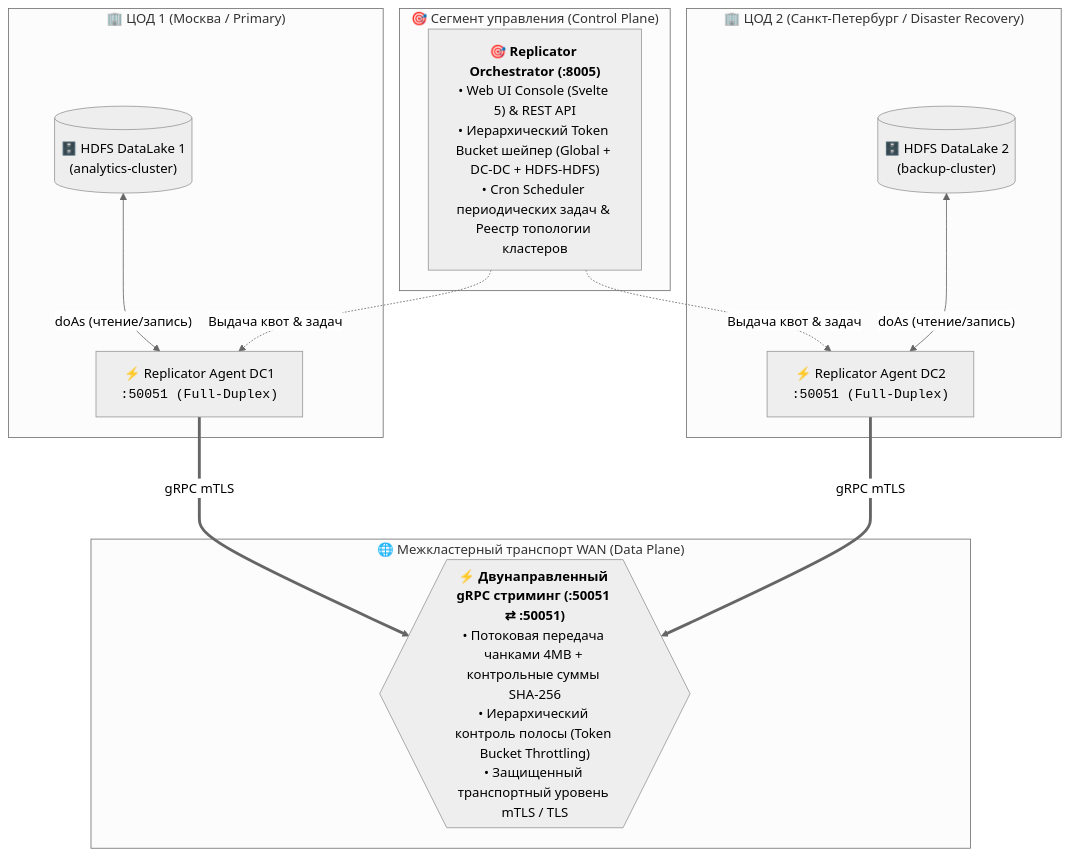
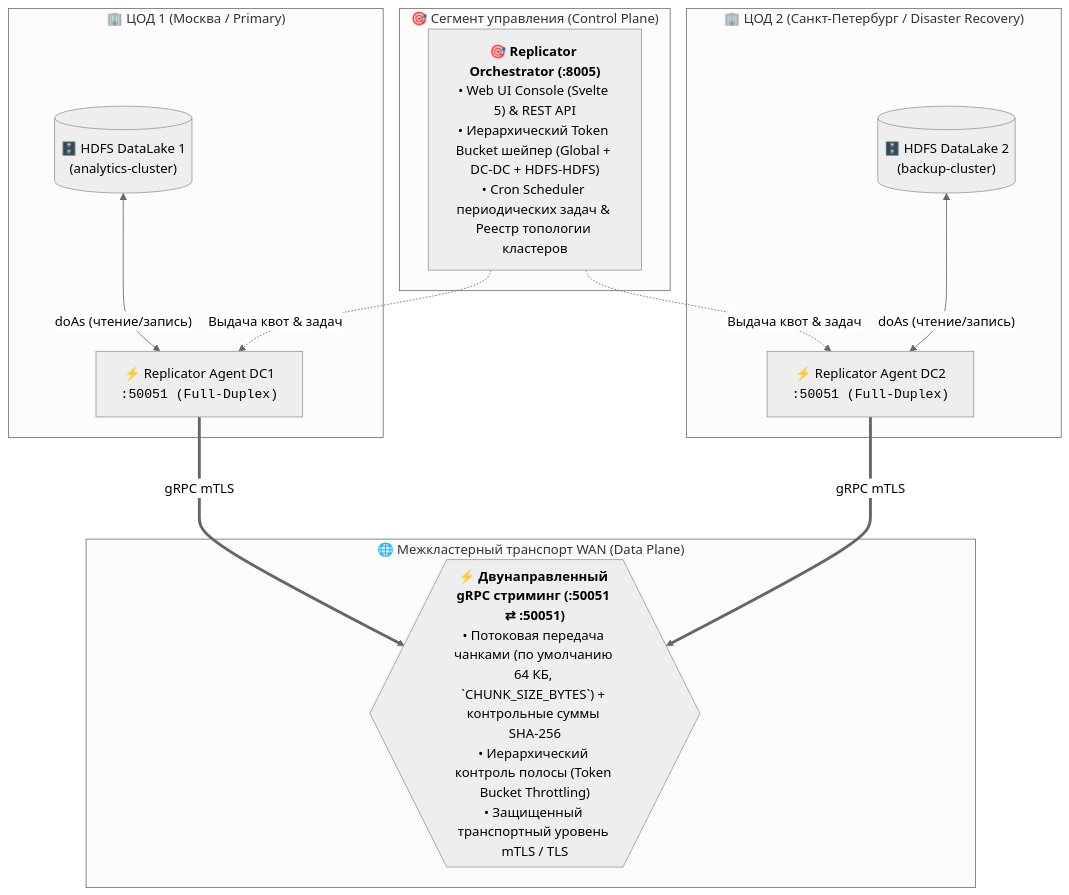
The first of 7 diagrams in docs/replicator-admin-guide.md (balookrd/hadoop-explorer), drawn with Mermaid (neutral theme) before and after one commit. The commit also changed other lines of this file and 6 other files, not shown here.

````diff
--- a/docs/replicator-admin-guide.md
+++ b/docs/replicator-admin-guide.md
@@ -71,28 +71,28 @@
 ```mermaid
 flowchart TD
     subgraph MGMT["🎯 Сегмент управления (Control Plane)"]
         Orch["🎯 <b>Replicator Orchestrator (:8005)</b><br/>• Web UI Console (Svelte 5) & REST API<br/>• Иерархический Token Bucket шейпер (Global + DC-DC + HDFS-HDFS)<br/>• Cron Scheduler периодических задач & Реестр топологии кластеров"]
     end
 
     subgraph DC1["🏢 ЦОД 1 (Москва / Primary)"]
         HDFS1[("🗄️ HDFS DataLake 1<br/>(analytics-cluster)")]
         Agent1["⚡ Replicator Agent DC1<br/><code>:50051 (Full-Duplex)</code>"]
         HDFS1 <-->|"doAs (чтение/запись)"| Agent1
     end
 
     subgraph DC2["🏢 ЦОД 2 (Санкт-Петербург / Disaster Recovery)"]
         HDFS2[("🗄️ HDFS DataLake 2<br/>(backup-cluster)")]
         Agent2["⚡ Replicator Agent DC2<br/><code>:50051 (Full-Duplex)</code>"]
         HDFS2 <-->|"doAs (чтение/запись)"| Agent2
     end
 
     subgraph WAN["🌐 Межкластерный транспорт WAN (Data Plane)"]
-        Stream{{"⚡ <b>Двунаправленный gRPC стриминг (:50051 ⇄ :50051)</b><br/>• Потоковая передача чанками 4MB + контрольные суммы SHA-256<br/>• Иерархический контроль полосы (Token Bucket Throttling)<br/>• Защищенный транспортный уровень mTLS / TLS"}}
+        Stream{{"⚡ <b>Двунаправленный gRPC стриминг (:50051 ⇄ :50051)</b><br/>• Потоковая передача чанками (по умолчанию 64 КБ, `CHUNK_SIZE_BYTES`) + контрольные суммы SHA-256<br/>• Иерархический контроль полосы (Token Bucket Throttling)<br/>• Защищенный транспортный уровень mTLS / TLS"}}
     end
 
     Orch -.->|"Выдача квот & задач"| Agent1
     Orch -.->|"Выдача квот & задач"| Agent2
 
     Agent1 ===>|"gRPC mTLS"| Stream
     Agent2 ===>|"gRPC mTLS"| Stream
 ```
````
